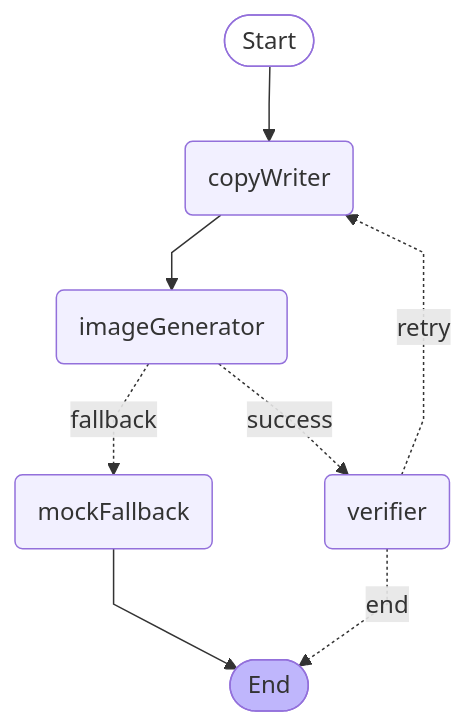
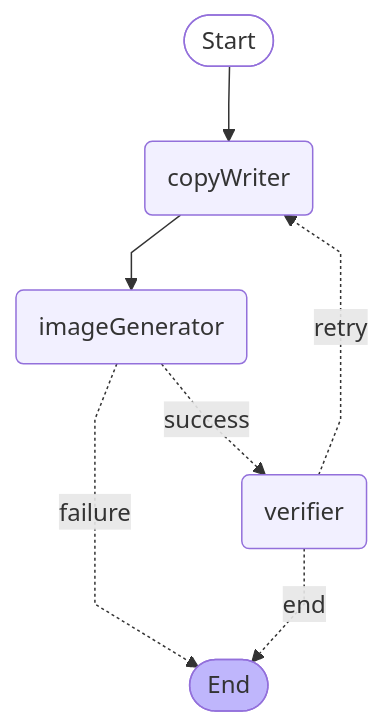
Before and after one commit to soma17th-ai17/main-project: the diagram in src/lib/agent/README.md, drawn with Mermaid. The commit also changed other lines of this file and 10 other files, not shown here.

````diff
--- a/src/lib/agent/README.md
+++ b/src/lib/agent/README.md
@@ -7,20 +7,18 @@
 ```mermaid
 %%{init: {'flowchart': {'curve': 'linear'}}}%%
 graph TD;
     __start__([Start]):::first
     copyWriter(copyWriter)
     imageGenerator(imageGenerator)
-    mockFallback(mockFallback)
     verifier(verifier)
     __end__([End]):::last
     __start__ --> copyWriter;
     copyWriter --> imageGenerator;
-    mockFallback --> __end__;
     imageGenerator -. success .-> verifier;
-    imageGenerator -. fallback .-> mockFallback;
+    imageGenerator -. failure .-> __end__;
     verifier -. end .-> __end__;
     verifier -. retry .-> copyWriter;
     classDef default fill:#f2f0ff,line-height:1.2;
     classDef first fill-opacity:0;
     classDef last fill:#bfb6fc;
 ```
````
